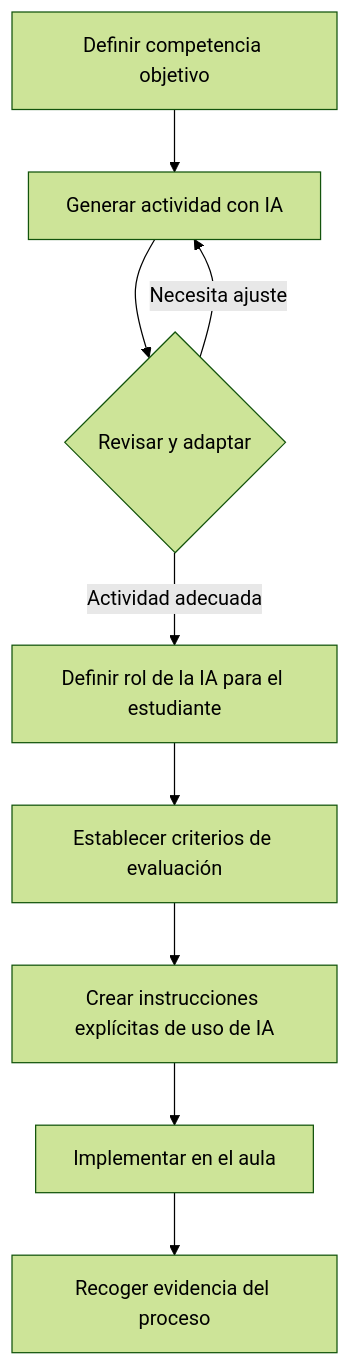
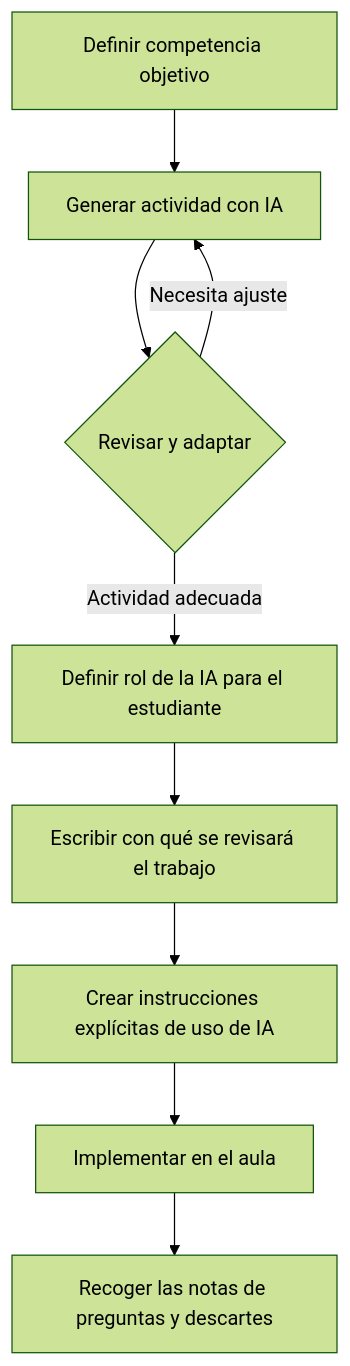
The diagram in content/ia-educacion/guias/aprendizaje-activo-con-ia/index.md (arqueon/aprendizaje-ia), drawn with Mermaid (forest theme) before and after one commit. The commit also changed other lines of this file and 83 other files, not shown here.

```diff
--- a/content/ia-educacion/guias/aprendizaje-activo-con-ia/index.md
+++ b/content/ia-educacion/guias/aprendizaje-activo-con-ia/index.md
@@ -112,11 +126,11 @@
 {{< mermaid >}}
 flowchart TD
     A[Definir competencia objetivo] --> B[Generar actividad con IA]
     B --> C{Revisar y adaptar}
     C -->|Actividad adecuada| D[Definir rol de la IA para el estudiante]
     C -->|Necesita ajuste| B
-    D --> E[Establecer criterios de evaluación]
+    D --> E[Escribir con qué se revisará el trabajo]
     E --> F[Crear instrucciones explícitas de uso de IA]
     F --> G[Implementar en el aula]
-    G --> H[Recoger evidencia del proceso]
+    G --> H[Recoger las notas de preguntas y descartes]
 {{< /mermaid >}}
```
